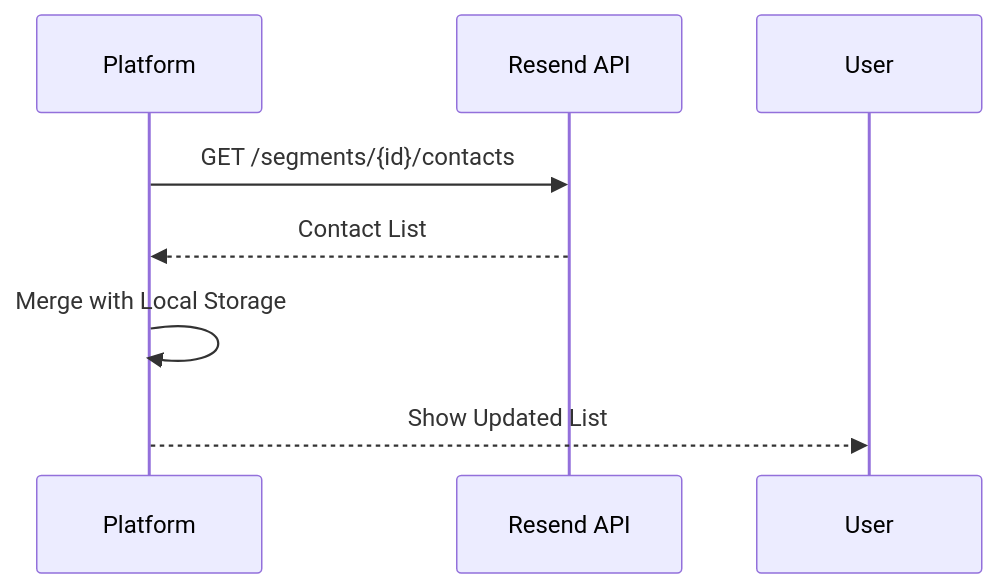
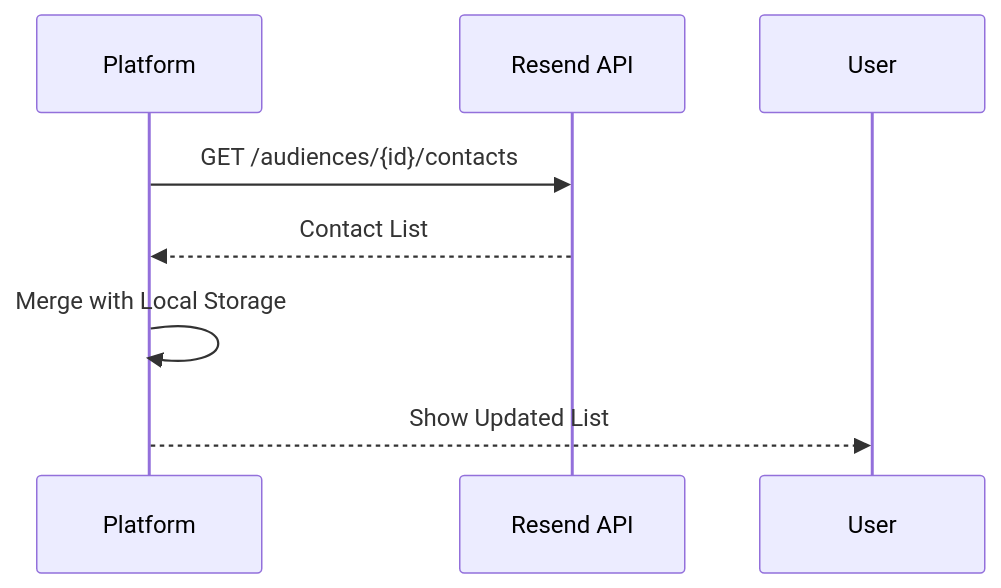
Before and after one commit to ChanMeng666/send-joy: the sixth of 11 diagrams in TUTORIAL.md, drawn with Mermaid. The commit also changed other lines of this file and 1 other file, not shown here.

````diff
--- a/TUTORIAL.md
+++ b/TUTORIAL.md
@@ -258,10 +298,10 @@
 ```mermaid
 sequenceDiagram
     participant Platform
     participant Resend API
 
-    Platform->>Resend API: GET /segments/{id}/contacts
+    Platform->>Resend API: GET /audiences/{id}/contacts
     Resend API-->>Platform: Contact List
     Platform->>Platform: Merge with Local Storage
     Platform-->>User: Show Updated List
 ```
````
